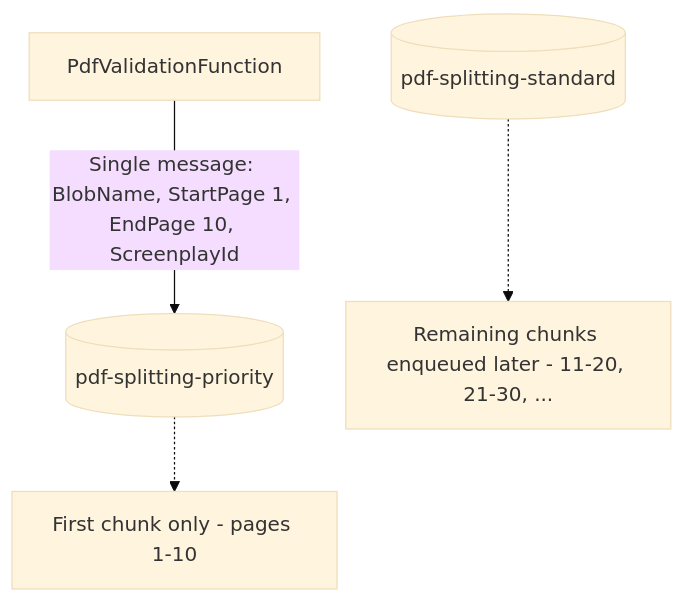
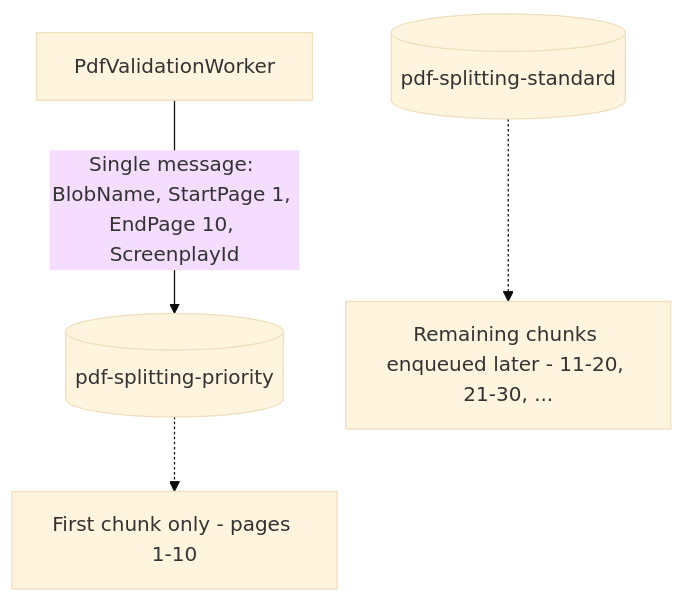
One commit to duncan-G/ThePlot changed the fifth of 8 diagrams in README.md. Above: the diagram before and after it, drawn with Mermaid (base theme). The commit also changed other lines of this file and 14 other files, not shown here.

Commit message:
replace validation function with validation worker for improved performance

````diff
--- a/README.md
+++ b/README.md
@@ -96,12 +98,12 @@
 ```mermaid
 graph TD
-    Func[PdfValidationFunction]
+    Val[PdfValidationWorker]
     Q1[(pdf-splitting-priority)]
     Q2[(pdf-splitting-standard)]
     N1[First chunk only - pages 1-10]
     N2[Remaining chunks enqueued later - 11-20, 21-30, ...]
 
-    Func -- "Single message: BlobName, StartPage 1, EndPage 10, ScreenplayId" --> Q1
+    Val -- "Single message: BlobName, StartPage 1, EndPage 10, ScreenplayId" --> Q1
     Q1 -.-> N1
     Q2 -.-> N2
 ```
````
